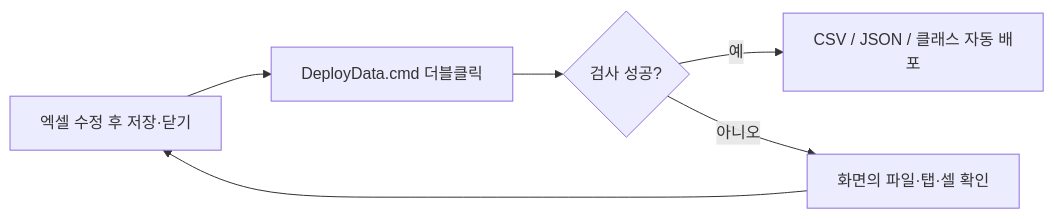
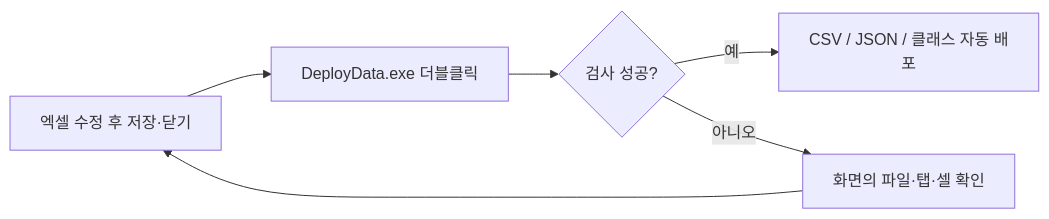
Before and after one commit to hyunho9228-web/DataSheet: the first of 2 diagrams in Docs/PlannerGuide.md, drawn with Mermaid. The commit also changed other lines of this file and 8 other files, not shown here.

````diff
--- a/Docs/PlannerGuide.md
+++ b/Docs/PlannerGuide.md
@@ -5,8 +5,8 @@
 ```mermaid
 flowchart LR
-    A[엑셀 수정 후 저장·닫기] --> B[DeployData.cmd 더블클릭]
+    A[엑셀 수정 후 저장·닫기] --> B[DeployData.exe 더블클릭]
     B --> C{검사 성공?}
     C -->|예| D[CSV / JSON / 클래스 자동 배포]
     C -->|아니오| E[화면의 파일·탭·셀 확인]
     E --> A
 ```
````
